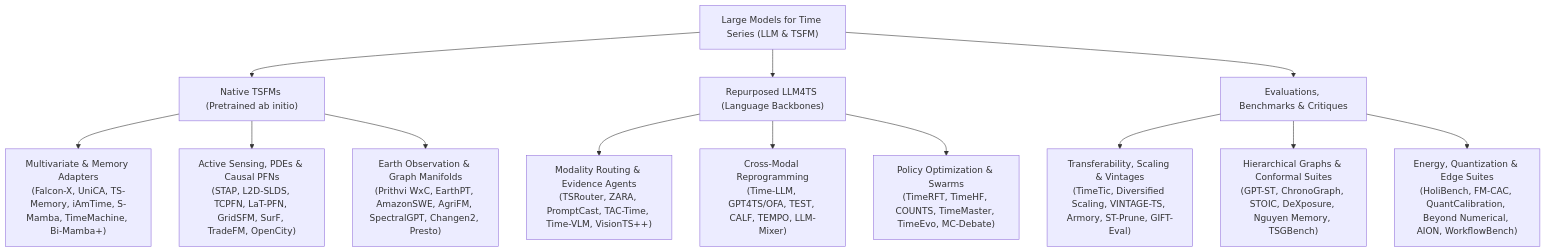
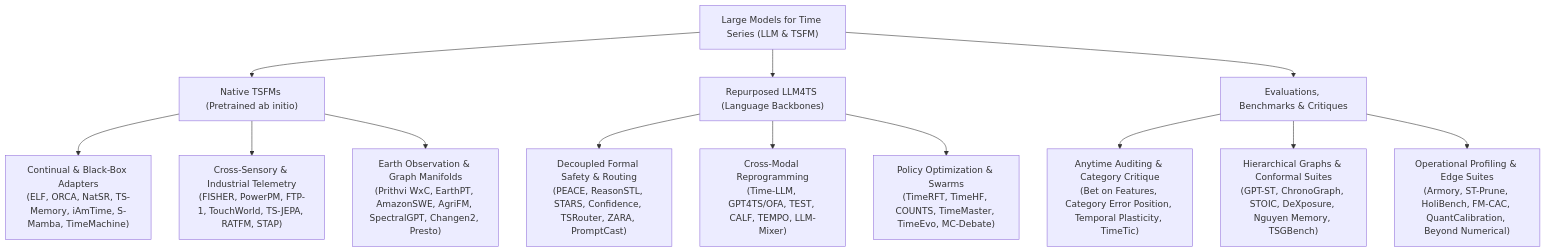
One commit to lihuirui/awesome-llm-time-series-foundation-models-survey changed the diagram in README.md. Above: the diagram before and after it, drawn with Mermaid. The commit also changed other lines of this file and 27 other files, not shown here.

Commit message:
feat(iter-15): online continual learning, cross-sensory telemetry, decoupled formal safety & category error critique

````diff
--- a/README.md
+++ b/README.md
@@ -32,19 +31,19 @@
 ```mermaid
 graph TD
     Root["Large Models for Time Series (LLM & TSFM)"]
     Root --> P1["Native TSFMs (Pretrained ab initio)"]
     Root --> P2["Repurposed LLM4TS (Language Backbones)"]
     Root --> P3["Evaluations, Benchmarks & Critiques"]
 
-    P1 --> P1_Multi["Multivariate & Memory Adapters<br/>(Falcon-X, UniCA, TS-Memory, iAmTime, S-Mamba, TimeMachine, Bi-Mamba+)"]
-    P1 --> P1_Active["Active Sensing, PDEs & Causal PFNs<br/>(STAP, L2D-SLDS, TCPFN, LaT-PFN, GridSFM, SurF, TradeFM, OpenCity)"]
+    P1 --> P1_Cont["Continual & Black-Box Adapters<br/>(ELF, ORCA, NatSR, TS-Memory, iAmTime, S-Mamba, TimeMachine)"]
+    P1 --> P1_Cross["Cross-Sensory & Industrial Telemetry<br/>(FISHER, PowerPM, FTP-1, TouchWorld, TS-JEPA, RATFM, STAP)"]
     P1 --> P1_Earth["Earth Observation & Graph Manifolds<br/>(Prithvi WxC, EarthPT, AmazonSWE, AgriFM, SpectralGPT, Changen2, Presto)"]
 
-    P2 --> P2_Route["Modality Routing & Evidence Agents<br/>(TSRouter, ZARA, PromptCast, TAC-Time, Time-VLM, VisionTS++)"]
+    P2 --> P2_Safe["Decoupled Formal Safety & Routing<br/>(PEACE, ReasonSTL, STARS, Confidence, TSRouter, ZARA, PromptCast)"]
     P2 --> P2_Reprog["Cross-Modal Reprogramming<br/>(Time-LLM, GPT4TS/OFA, TEST, CALF, TEMPO, LLM-Mixer)"]
     P2 --> P2_Agent["Policy Optimization & Swarms<br/>(TimeRFT, TimeHF, COUNTS, TimeMaster, TimeEvo, MC-Debate)"]
 
-    P3 --> P3_Trans["Transferability, Scaling & Vintages<br/>(TimeTic, Diversified Scaling, VINTAGE-TS, Armory, ST-Prune, GIFT-Eval)"]
+    P3 --> P3_Critique["Anytime Auditing & Category Critique<br/>(Bet on Features, Category Error Position, Temporal Plasticity, TimeTic)"]
     P3 --> P3_Graph["Hierarchical Graphs & Conformal Suites<br/>(GPT-ST, ChronoGraph, STOIC, DeXposure, Nguyen Memory, TSGBench)"]
-    P3 --> P3_Energy["Energy, Quantization & Edge Suites<br/>(HoliBench, FM-CAC, QuantCalibration, Beyond Numerical, AION, WorkflowBench)"]
+    P3 --> P3_Energy["Operational Profiling & Edge Suites<br/>(Armory, ST-Prune, HoliBench, FM-CAC, QuantCalibration, Beyond Numerical)"]
 ```
````
